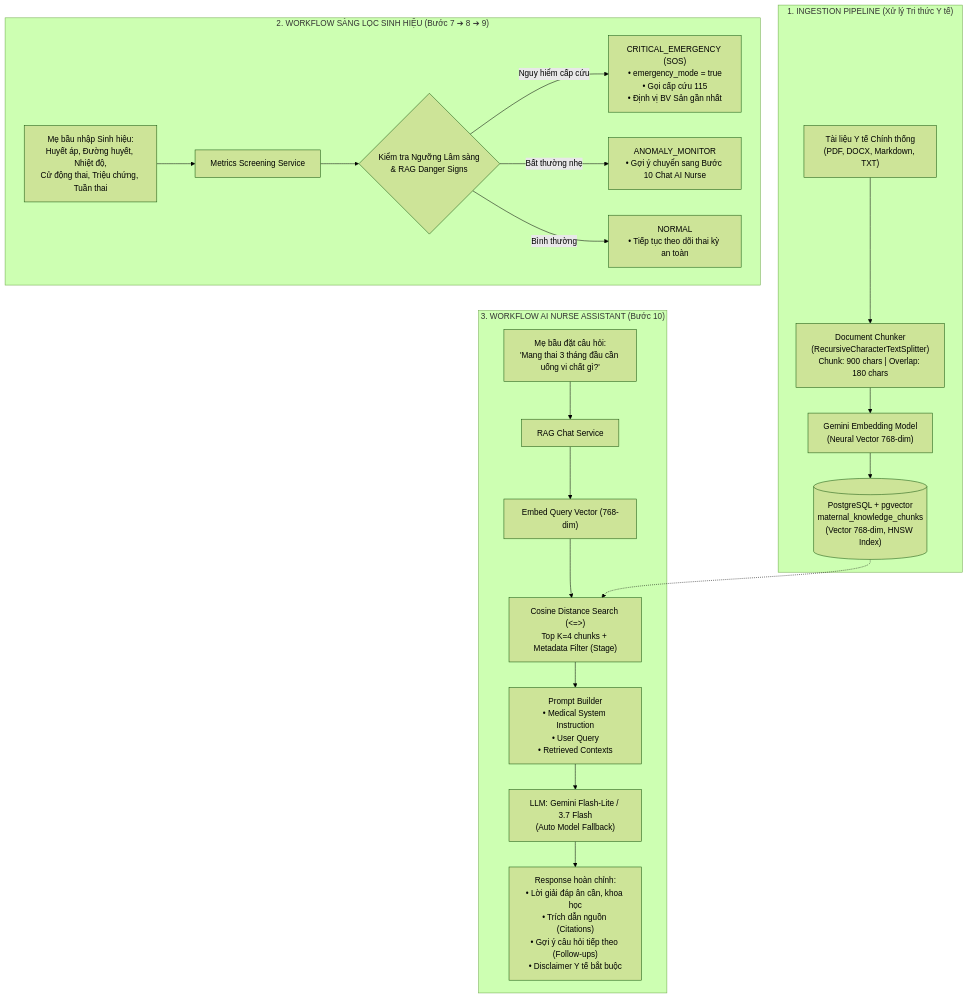
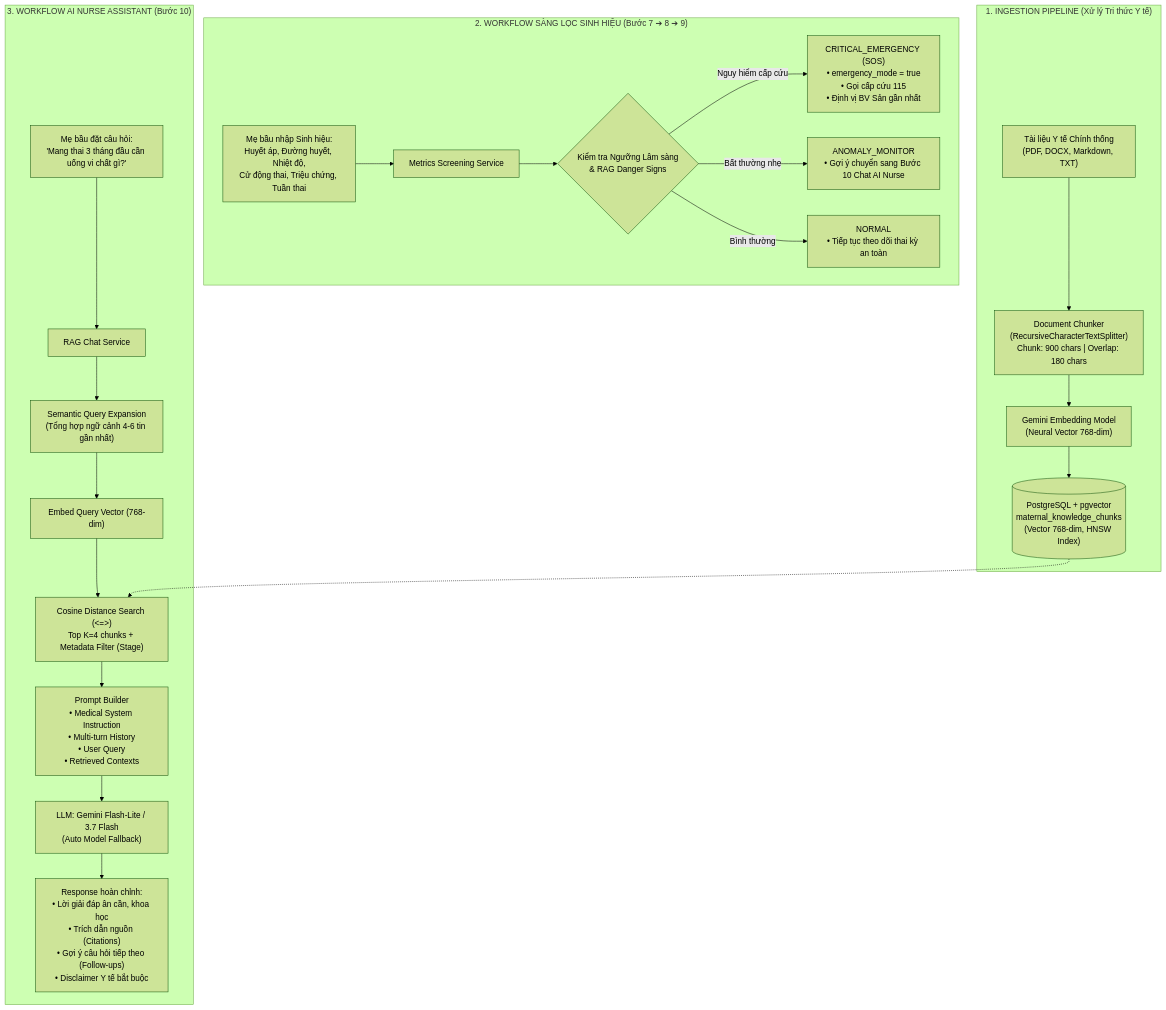
Before and after one commit to ChuongBDHE172784/CareBridge_SEP490_G79: the diagram in docs/AI/01_THIET_KE_KIEN_TRUC_AI_RAG_VA_BAO_VE_DO_AN.md, drawn with Mermaid (forest theme). The commit also changed other lines of this file and 4 other files, not shown here.

Commit message:
refactor: improve RAG retrieval via conversation history context expansion and drop legacy database schema

````diff
--- a/docs/AI/01_THIET_KE_KIEN_TRUC_AI_RAG_VA_BAO_VE_DO_AN.md
+++ b/docs/AI/01_THIET_KE_KIEN_TRUC_AI_RAG_VA_BAO_VE_DO_AN.md
@@ -44,26 +46,27 @@
 ```mermaid
 flowchart TB
     subgraph INGESTION["1. INGESTION PIPELINE (Xử lý Tri thức Y tế)"]
         DOCS["Tài liệu Y tế Chính thống<br/>(PDF, DOCX, Markdown, TXT)"] --> CHUNKER["Document Chunker<br/>(RecursiveCharacterTextSplitter)<br/>Chunk: 900 chars | Overlap: 180 chars"]
         CHUNKER --> EMBED_GEN["Gemini Embedding Model<br/>(Neural Vector 768-dim)"]
         EMBED_GEN --> PG_VECTOR[("PostgreSQL + pgvector<br/>maternal_knowledge_chunks<br/>(Vector 768-dim, HNSW Index)")]
     end
 
     subgraph METRICS_FLOW["2. WORKFLOW SÀNG LỌC SINH HIỆU (Bước 7 ➔ 8 ➔ 9)"]
         USER_METRICS["Mẹ bầu nhập Sinh hiệu:<br/>Huyết áp, Đường huyết, Nhiệt độ,<br/>Cử động thai, Triệu chứng, Tuần thai"] --> EVAL_SVC["Metrics Screening Service"]
         EVAL_SVC --> THRESHOLD_GATE{"Kiểm tra Ngưỡng Lâm sàng<br/>& RAG Danger Signs"}
         THRESHOLD_GATE -->|Nguy hiểm cấp cứu| CRITICAL["CRITICAL_EMERGENCY (SOS)<br/>• emergency_mode = true<br/>• Gọi cấp cứu 115<br/>• Định vị BV Sản gần nhất"]
         THRESHOLD_GATE -->|Bất thường nhẹ| ANOMALY["ANOMALY_MONITOR<br/>• Gợi ý chuyển sang Bước 10 Chat AI Nurse"]
         THRESHOLD_GATE -->|Bình thường| NORMAL["NORMAL<br/>• Tiếp tục theo dõi thai kỳ an toàn"]
     end
 
     subgraph CHAT_FLOW["3. WORKFLOW AI NURSE ASSISTANT (Bước 10)"]
         USER_MSG["Mẹ bầu đặt câu hỏi:<br/>'Mang thai 3 tháng đầu cần uống vi chất gì?'"] --> RAG_SVC["RAG Chat Service"]
-        RAG_SVC --> Q_EMBED["Embed Query Vector (768-dim)"]
+        RAG_SVC --> Q_EXPAND["Semantic Query Expansion<br/>(Tổng hợp ngữ cảnh 4-6 tin gần nhất)"]
+        Q_EXPAND --> Q_EMBED["Embed Query Vector (768-dim)"]
         Q_EMBED --> V_SEARCH["Cosine Distance Search (<=>)<br/>Top K=4 chunks + Metadata Filter (Stage)"]
         PG_VECTOR -.-> V_SEARCH
-        V_SEARCH --> PROMPT_BUILD["Prompt Builder<br/>• Medical System Instruction<br/>• User Query<br/>• Retrieved Contexts"]
+        V_SEARCH --> PROMPT_BUILD["Prompt Builder<br/>• Medical System Instruction<br/>• Multi-turn History<br/>• User Query<br/>• Retrieved Contexts"]
         PROMPT_BUILD --> GEMINI_LLM["LLM: Gemini Flash-Lite / 3.7 Flash<br/>(Auto Model Fallback)"]
         GEMINI_LLM --> FINAL_RESP["Response hoàn chỉnh:<br/>• Lời giải đáp ân cần, khoa học<br/>• Trích dẫn nguồn (Citations)<br/>• Gợi ý câu hỏi tiếp theo (Follow-ups)<br/>• Disclaimer Y tế bắt buộc"]
     end
 ```
````
